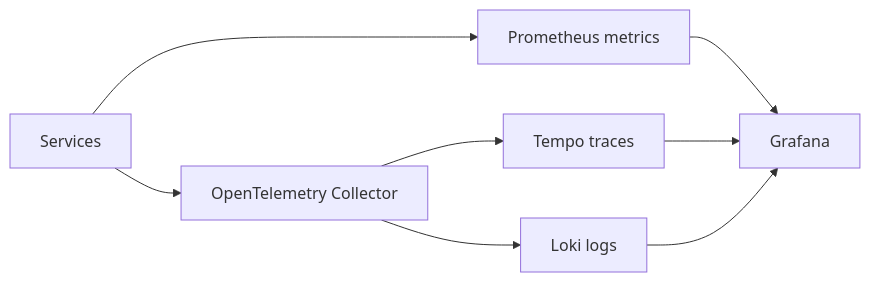
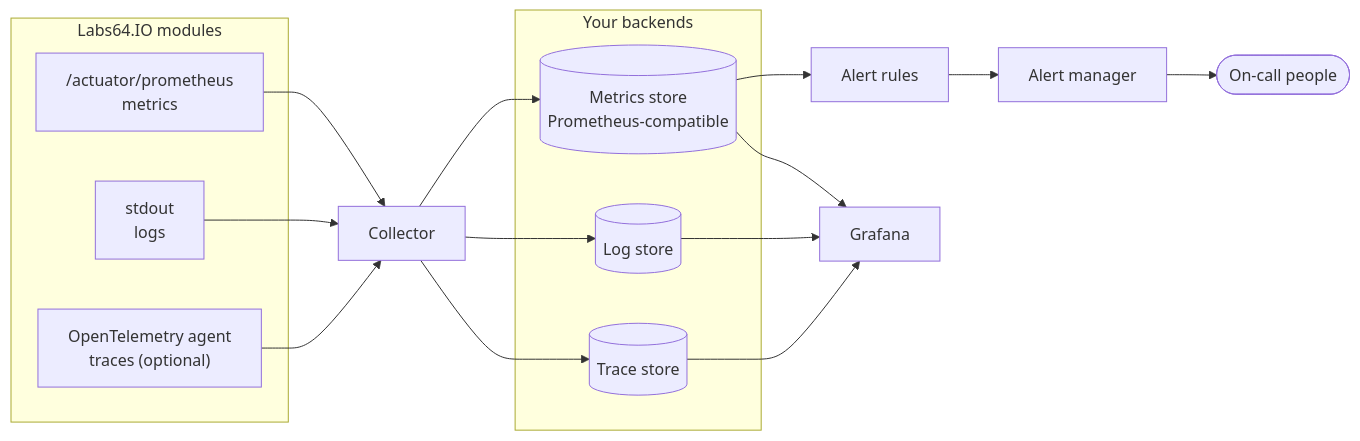
One commit to Labs64/labs64.io-docs changed the first of 5 diagrams in operate-manage/monitoring-observability.md. Above: the diagram before and after it, drawn with Mermaid. The commit also changed other lines of this file and 1 other file, not shown here.

````diff
--- a/operate-manage/monitoring-observability.md
+++ b/operate-manage/monitoring-observability.md
@@ -11,10 +23,24 @@
 ```mermaid
 flowchart LR
-  S["Services"] --> C["OpenTelemetry Collector"]
-  S --> M["Prometheus metrics"]
-  C --> T["Tempo traces"]
-  C --> L["Loki logs"]
-  M --> G["Grafana"]
-  T --> G
-  L --> G
+  subgraph modules["Labs64.IO modules"]
+    M["/actuator/prometheus<br/>metrics"]
+    L["stdout<br/>logs"]
+    T["OpenTelemetry agent<br/>traces (optional)"]
+  end
+  C["Collector"]
+  subgraph store["Your backends"]
+    PM[("Metrics store<br/>Prometheus-compatible")]
+    LG[("Log store")]
+    TR[("Trace store")]
+  end
+  R["Alert rules"]
+  AM["Alert manager"]
+  G["Grafana"]
+  P(["On-call people"])
+
+  M --> C --> PM
+  L --> C --> LG
+  T --> C --> TR
+  PM --> R --> AM --> P
+  PM & LG & TR --> G
 ```
````
